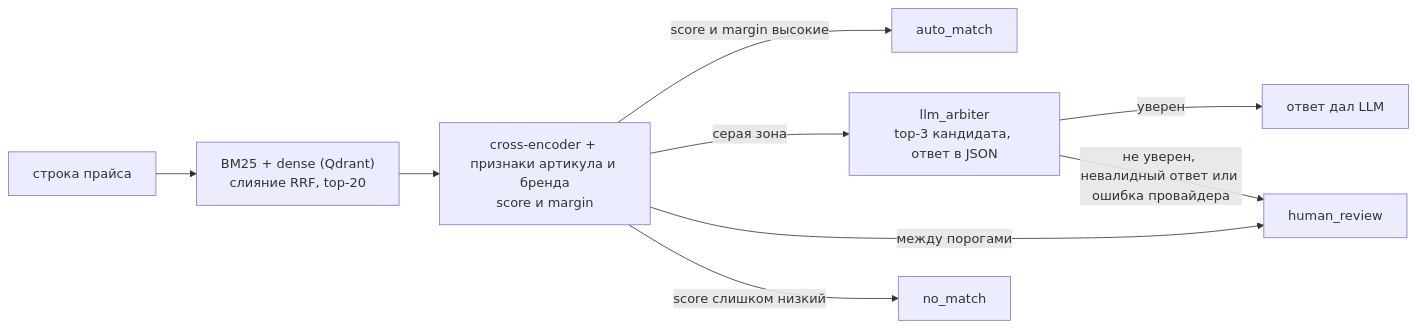
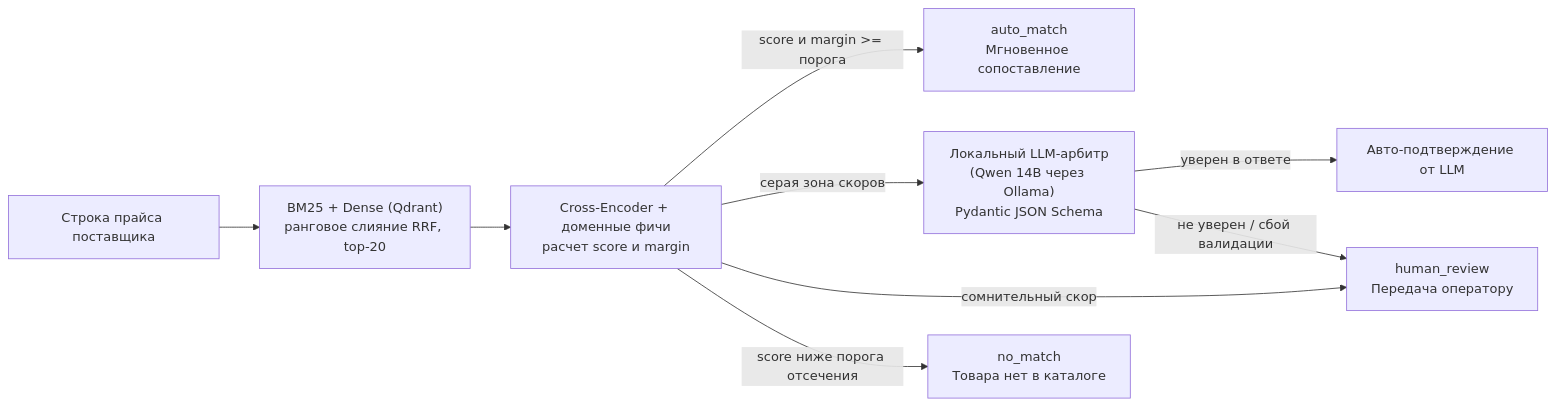
The diagram in README.md (DelixeamI/entity-cascade), drawn with Mermaid before and after one commit. The commit also changed other lines of this file, not shown here.

Commit message:
docs: polish README to 9-step industrial standard (problem, solution, architecture, evals, demo, quickstart)

````diff
--- a/README.md
+++ b/README.md
@@ -11,11 +38,11 @@
 ```mermaid
 flowchart LR
-    row["строка прайса"] --> ret["BM25 + dense (Qdrant)<br/>слияние RRF, top-20"]
-    ret --> rr["cross-encoder + признаки артикула и бренда<br/>score и margin"]
-    rr -->|"score и margin высокие"| auto[auto_match]
-    rr -->|"серая зона"| llm["llm_arbiter<br/>top-3 кандидата, ответ в JSON"]
-    rr -->|"между порогами"| human[human_review]
-    rr -->|"score слишком низкий"| none[no_match]
-    llm -->|"уверен"| done["ответ дал LLM"]
-    llm -->|"не уверен, невалидный ответ или ошибка провайдера"| human
+    row["Строка прайса поставщика"] --> ret["BM25 + Dense (Qdrant)<br/>ранговое слияние RRF, top-20"]
+    ret --> rr["Cross-Encoder + доменные фичи<br/>расчет score и margin"]
+    rr -->|"score и margin >= порога"| auto[auto_match<br/>Мгновенное сопоставление]
+    rr -->|"серая зона скоров"| llm["Локальный LLM-арбитр<br/>(Qwen 14B через Ollama)<br/>Pydantic JSON Schema"]
+    rr -->|"сомнительный скор"| human[human_review<br/>Передача оператору]
+    rr -->|"score ниже порога отсечения"| none[no_match<br/>Товара нет в каталоге]
+    llm -->|"уверен в ответе"| done["Авто-подтверждение от LLM"]
+    llm -->|"не уверен / сбой валидации"| human
 ```
````
